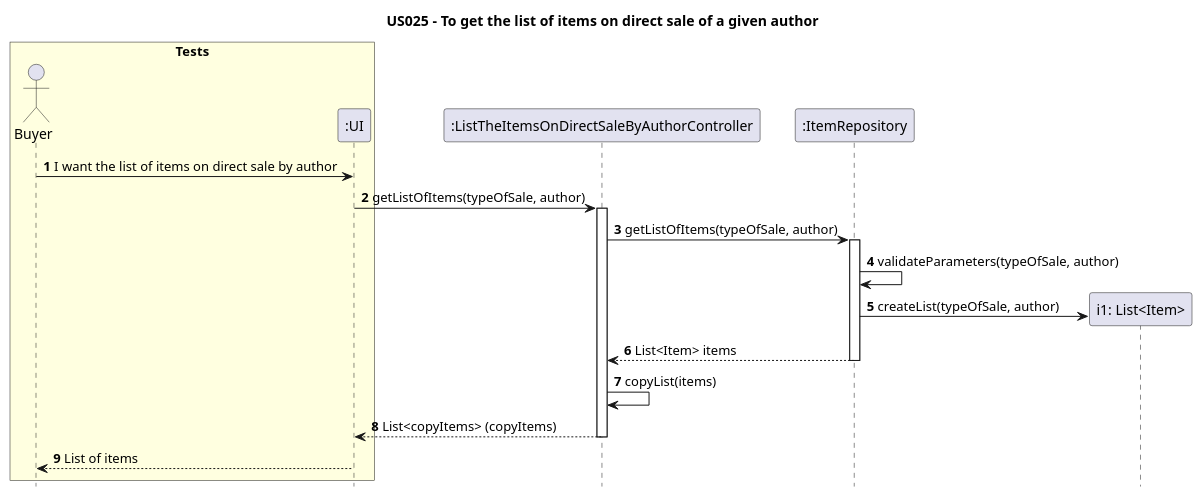
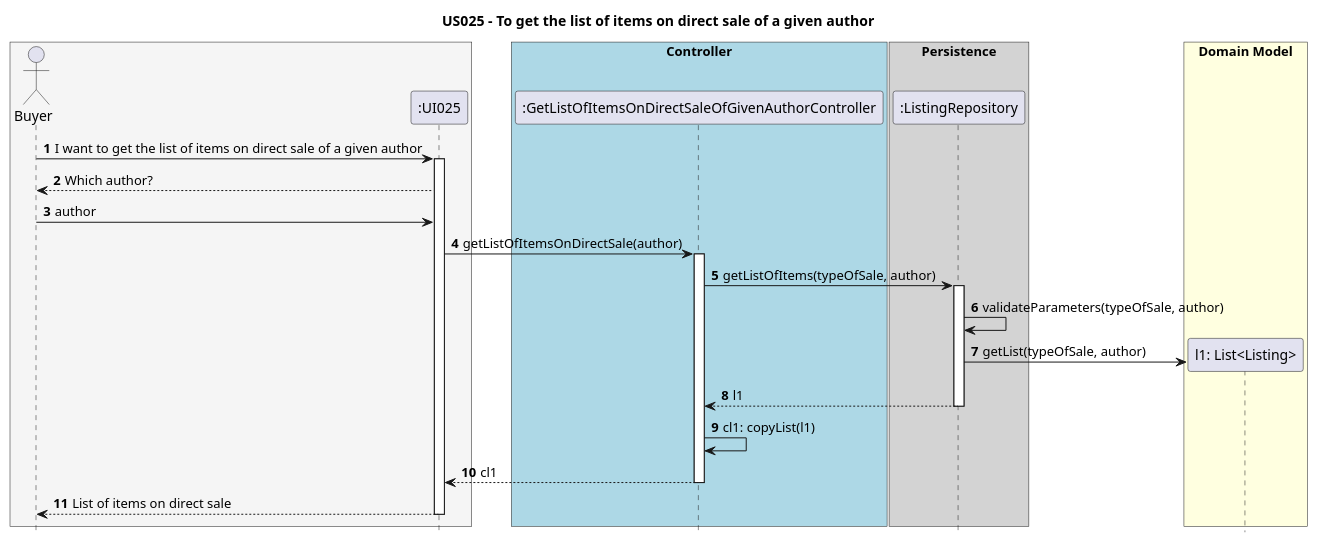
Before and after one commit to AndrePereiraGitH/SWitCH-Project-Team_A: the diagram in Diagrams/SequenceDiagrams/N2/US025-to-get-the-list-of-items-on-direct-sale-of-a-given-author.puml, drawn with PlantUML. The commit also changed 5 other files, not shown here.

```diff
--- a/Diagrams/SequenceDiagrams/N2/US025-to-get-the-list-of-items-on-direct-sale-of-a-given-author.puml
+++ b/Diagrams/SequenceDiagrams/N2/US025-to-get-the-list-of-items-on-direct-sale-of-a-given-author.puml
@@ -1,39 +1,50 @@
 @startuml
 
 hide footbox
+autonumber
 title US025 - To get the list of items on direct sale of a given author
 
-box "Tests" #LightYellow
+box #WhiteSmoke
 actor Buyer
-participant ":UI" as UI
+participant ":UI025" as UI025
 end box
 
-participant ":ListTheItemsOnDirectSaleByAuthorController" as ListTheItemsOnDirectSaleByAuthorController
-participant ":ItemRepository" as ItemRepository
+box "Controller" #LightBlue
+participant ":GetListOfItemsOnDirectSaleOfGivenAuthorController" as GetListOfItemsOnDirectSaleOfGivenAuthorController
+end box
 
-Buyer -> UI : **1** I want the list of items on direct sale by author
+box "Persistence" #LightGrey
+participant ":ListingRepository" as ListingRepository
+end box
 
-UI -> ListTheItemsOnDirectSaleByAuthorController : **2** getListOfItems(typeOfSale, author)
-activate ListTheItemsOnDirectSaleByAuthorController
+Buyer -> UI025 : I want to get the list of items on direct sale of a given author
+activate UI025
+Buyer <-- UI025 : Which author?
+Buyer -> UI025 : author
 
-ListTheItemsOnDirectSaleByAuthorController -> ItemRepository : **3** getListOfItems(typeOfSale, author)
-activate ItemRepository
+UI025 -> GetListOfItemsOnDirectSaleOfGivenAuthorController : getListOfItemsOnDirectSale(author)
+activate GetListOfItemsOnDirectSaleOfGivenAuthorController
 
-' ItemRepository -> ItemRepository : **4** convertStringToEnum(typeOfSale, author)
+GetListOfItemsOnDirectSaleOfGivenAuthorController -> ListingRepository : getListOfItems(typeOfSale, author)
+activate ListingRepository
 
-ItemRepository -> ItemRepository : **4** validateParameters(typeOfSale, author)
 
-create "i1: List<Item>" as Item
-ItemRepository -> Item : **5** createList(typeOfSale, author)
+ListingRepository -> ListingRepository : validateParameters(typeOfSale, author)
 
-ItemRepository --> ListTheItemsOnDirectSaleByAuthorController : **6** List<Item> items
-deactivate ItemRepository
+box "Domain Model" #LightYellow
+create "l1: List<Listing>" as Listing
+ListingRepository -> Listing : getList(typeOfSale, author)
+end box
 
-ListTheItemsOnDirectSaleByAuthorController -> ListTheItemsOnDirectSaleByAuthorController : **7** copyList(items)
+ListingRepository --> GetListOfItemsOnDirectSaleOfGivenAuthorController : l1
+deactivate ListingRepository
 
-ListTheItemsOnDirectSaleByAuthorController --> UI : **8** List<copyItems> (copyItems)
-deactivate ListTheItemsOnDirectSaleByAuthorController
+GetListOfItemsOnDirectSaleOfGivenAuthorController -> GetListOfItemsOnDirectSaleOfGivenAuthorController : cl1: copyList(l1)
 
-UI --> Buyer : **9** List of items
+GetListOfItemsOnDirectSaleOfGivenAuthorController --> UI025 : cl1
+deactivate GetListOfItemsOnDirectSaleOfGivenAuthorController
+
+UI025 --> Buyer : List of items on direct sale
+deactivate UI025
 
 @enduml
```
